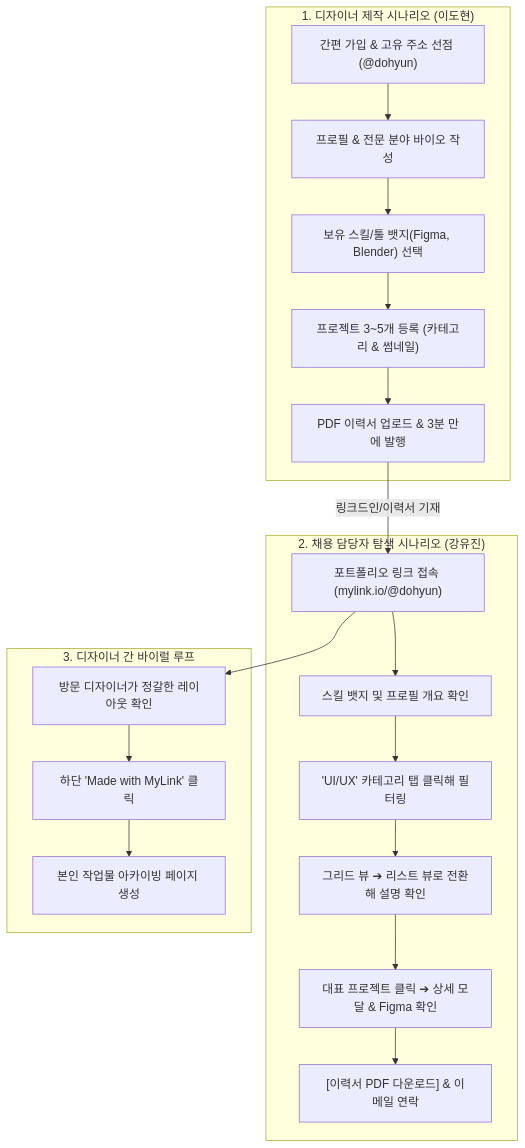
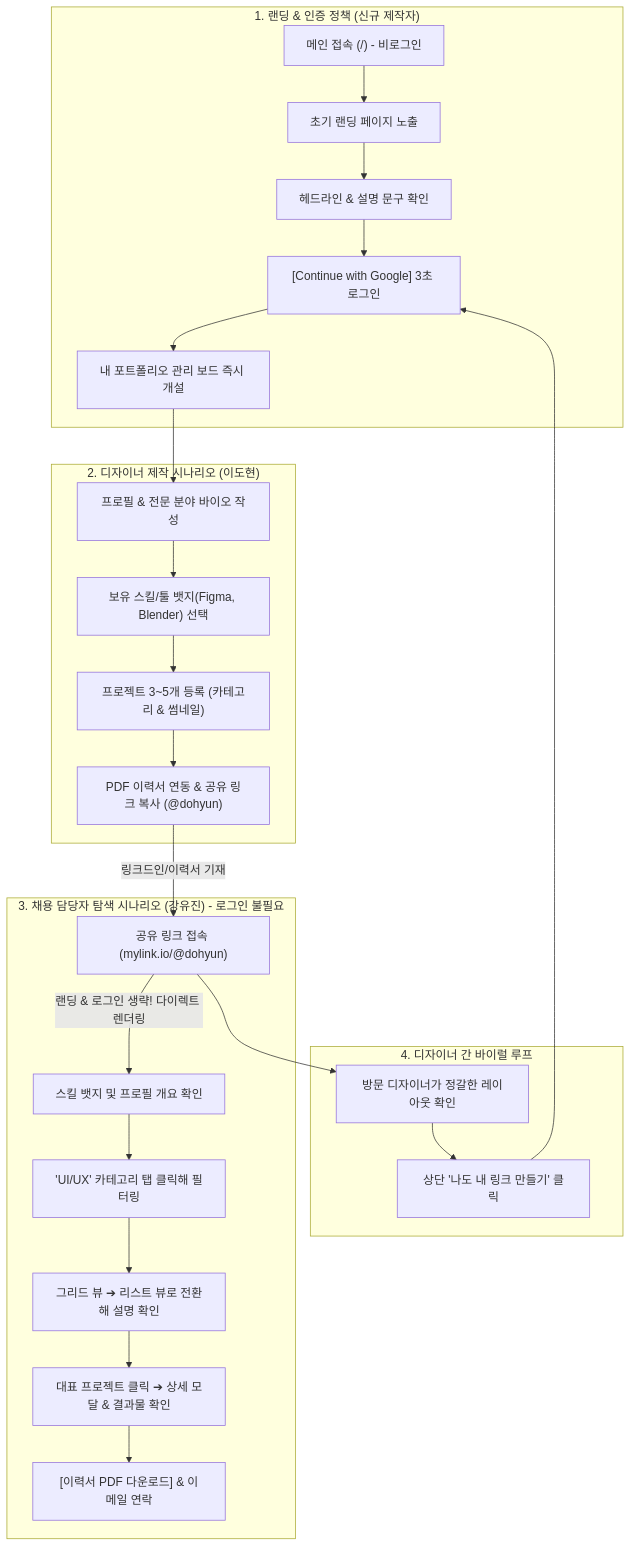
Before and after one commit to nxjiwxx/my-link-2026: the diagram in docs/PRD_mylink.md, drawn with Mermaid. The commit also changed other lines of this file and 35 other files, not shown here.

First line of the commit message:
feat: 포트폴리오 보드 미니멀 UI 개편, 뷰포트 리사이징 바, 구글 로그인 자동 온보딩 및 도구 추천 시스템 구현

````diff
--- a/docs/PRD_mylink.md
+++ b/docs/PRD_mylink.md
@@ -40,25 +40,32 @@
 ```mermaid
 flowchart TD
-    subgraph DesignerOnboarding["1. 디자이너 제작 시나리오 (이도현)"]
-        D1["간편 가입 & 고유 주소 선점 (@dohyun)"] --> D2["프로필 & 전문 분야 바이오 작성"]
+    subgraph LandingAndAuth["1. 랜딩 & 인증 정책 (신규 제작자)"]
+        L0["메인 접속 (/) - 비로그인"] --> L1["초기 랜딩 페이지 노출"]
+        L1 --> L2["헤드라인 & 설명 문구 확인"]
+        L2 --> L3["[Continue with Google] 3초 로그인"]
+        L3 --> D1["내 포트폴리오 관리 보드 즉시 개설"]
+    end
+
+    subgraph DesignerOnboarding["2. 디자이너 제작 시나리오 (이도현)"]
+        D1 --> D2["프로필 & 전문 분야 바이오 작성"]
         D2 --> D3["보유 스킬/툴 뱃지(Figma, Blender) 선택"]
         D3 --> D4["프로젝트 3~5개 등록 (카테고리 & 썸네일)"]
-        D4 --> D5["PDF 이력서 업로드 & 3분 만에 발행"]
+        D4 --> D5["PDF 이력서 연동 & 공유 링크 복사 (@dohyun)"]
     end
 
-    subgraph RecruiterExploration["2. 채용 담당자 탐색 시나리오 (강유진)"]
-        R1["포트폴리오 링크 접속 (mylink.io/@dohyun)"] --> R2["스킬 뱃지 및 프로필 개요 확인"]
+    subgraph RecruiterExploration["3. 채용 담당자 탐색 시나리오 (강유진) - 로그인 불필요"]
+        R1["공유 링크 접속 (mylink.io/@dohyun)"] -->|랜딩 & 로그인 생략! 다이렉트 렌더링| R2["스킬 뱃지 및 프로필 개요 확인"]
         R2 --> R3["'UI/UX' 카테고리 탭 클릭해 필터링"]
         R3 --> R4["그리드 뷰 ➔ 리스트 뷰로 전환해 설명 확인"]
-        R4 --> R5["대표 프로젝트 클릭 ➔ 상세 모달 & Figma 확인"]
+        R4 --> R5["대표 프로젝트 클릭 ➔ 상세 모달 & 결과물 확인"]
         R5 --> R6["[이력서 PDF 다운로드] & 이메일 연락"]
     end
 
-    subgraph ViralGrowth["3. 디자이너 간 바이럴 루프"]
-        V1["방문 디자이너가 정갈한 레이아웃 확인"] --> V2["하단 'Made with MyLink' 클릭"]
-        V2 --> V3["본인 작업물 아카이빙 페이지 생성"]
+    subgraph ViralGrowth["4. 디자이너 간 바이럴 루프"]
+        V1["방문 디자이너가 정갈한 레이아웃 확인"] --> V2["상단 '나도 내 링크 만들기' 클릭"]
+        V2 --> L3
     end
 
     D5 -->|링크드인/이력서 기재| R1
     R1 --> V1
 ```
````
